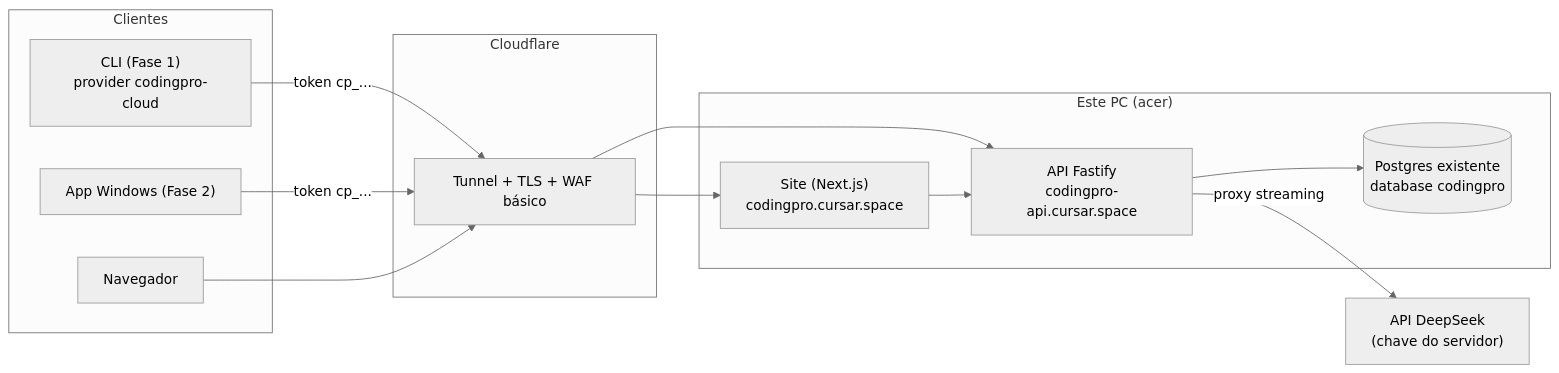
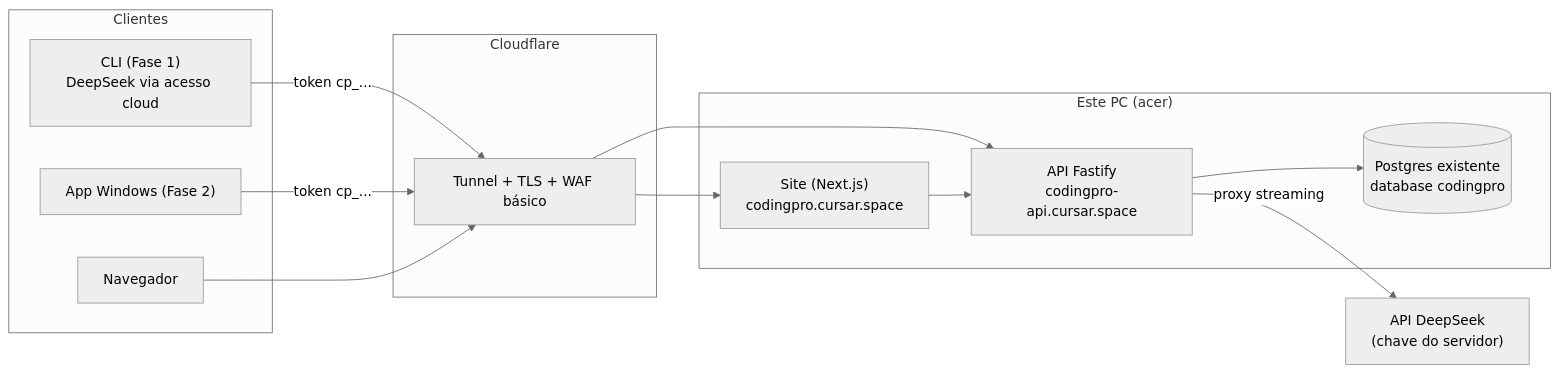
Before and after one commit to alvaro209890/CodingPro: the diagram in fase3-plataforma-web/01_arquitetura.md, drawn with Mermaid (neutral theme). The commit also changed other lines of this file and 22 other files, not shown here.

Commit message:
docs: fixar DeepSeek como provider exclusivo

````diff
--- a/fase3-plataforma-web/01_arquitetura.md
+++ b/fase3-plataforma-web/01_arquitetura.md
@@ -5,25 +5,25 @@
 ```mermaid
 flowchart LR
     subgraph CLIENTES["Clientes"]
-        CLI["CLI (Fase 1)<br/>provider codingpro-cloud"]
+        CLI["CLI (Fase 1)<br/>DeepSeek via acesso cloud"]
         APP["App Windows (Fase 2)"]
         NAV["Navegador"]
     end
 
     subgraph CF["Cloudflare"]
         TUN["Tunnel + TLS + WAF básico"]
     end
 
     subgraph PC["Este PC (acer)"]
         SITE["Site (Next.js)<br/>codingpro.cursar.space"]
         API["API Fastify<br/>codingpro-api.cursar.space"]
         PG[("Postgres existente<br/>database codingpro")]
     end
 
     DS["API DeepSeek<br/>(chave do servidor)"]
 
     CLI & APP -->|token cp_...| TUN --> API
     NAV --> TUN --> SITE --> API
     API --> PG
     API -->|proxy streaming| DS
 ```
````
